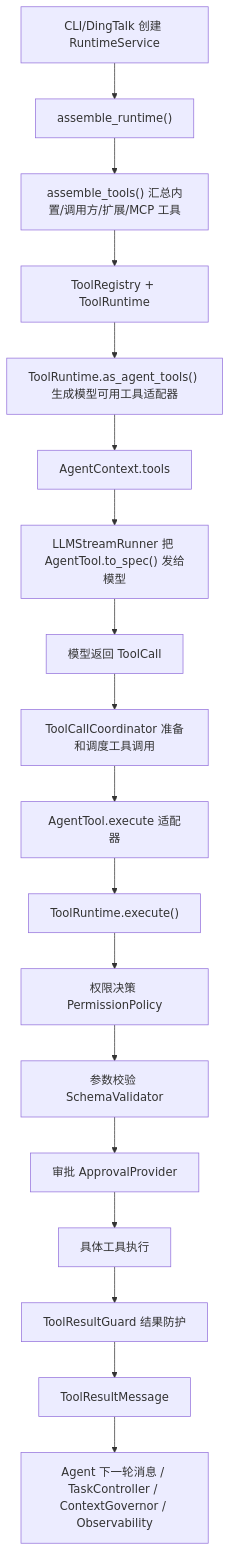
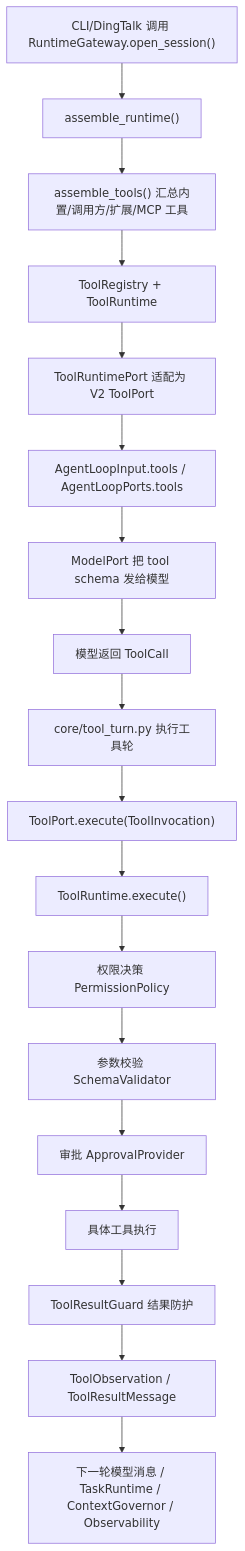
One commit to gyHMR/Codepilot_stable changed the diagram in docs/design/4tool-design.md. Above: the diagram before and after it, drawn with Mermaid. The commit also changed other lines of this file and 137 other files, not shown here.

````diff
--- a/docs/design/4tool-design.md
+++ b/docs/design/4tool-design.md
@@ -51,20 +51,20 @@
 ```mermaid
 flowchart TD
-    A["CLI/DingTalk 创建 RuntimeService"] --> B["assemble_runtime()"]
+    A["CLI/DingTalk 调用 RuntimeGateway.open_session()"] --> B["assemble_runtime()"]
     B --> C["assemble_tools() 汇总内置/调用方/扩展/MCP 工具"]
     C --> D["ToolRegistry + ToolRuntime"]
-    D --> E["ToolRuntime.as_agent_tools() 生成模型可用工具适配器"]
-    E --> F["AgentContext.tools"]
-    F --> G["LLMStreamRunner 把 AgentTool.to_spec() 发给模型"]
+    D --> E["ToolRuntimePort 适配为 V2 ToolPort"]
+    E --> F["AgentLoopInput.tools / AgentLoopPorts.tools"]
+    F --> G["ModelPort 把 tool schema 发给模型"]
     G --> H["模型返回 ToolCall"]
-    H --> I["ToolCallCoordinator 准备和调度工具调用"]
-    I --> J["AgentTool.execute 适配器"]
+    H --> I["core/tool_turn.py 执行工具轮"]
+    I --> J["ToolPort.execute(ToolInvocation)"]
     J --> K["ToolRuntime.execute()"]
     K --> L["权限决策 PermissionPolicy"]
     L --> M["参数校验 SchemaValidator"]
     M --> N["审批 ApprovalProvider"]
     N --> O["具体工具执行"]
     O --> P["ToolResultGuard 结果防护"]
-    P --> Q["ToolResultMessage"]
-    Q --> R["Agent 下一轮消息 / TaskController / ContextGovernor / Observability"]
+    P --> Q["ToolObservation / ToolResultMessage"]
+    Q --> R["下一轮模型消息 / TaskRuntime / ContextGovernor / Observability"]
 ```
````
